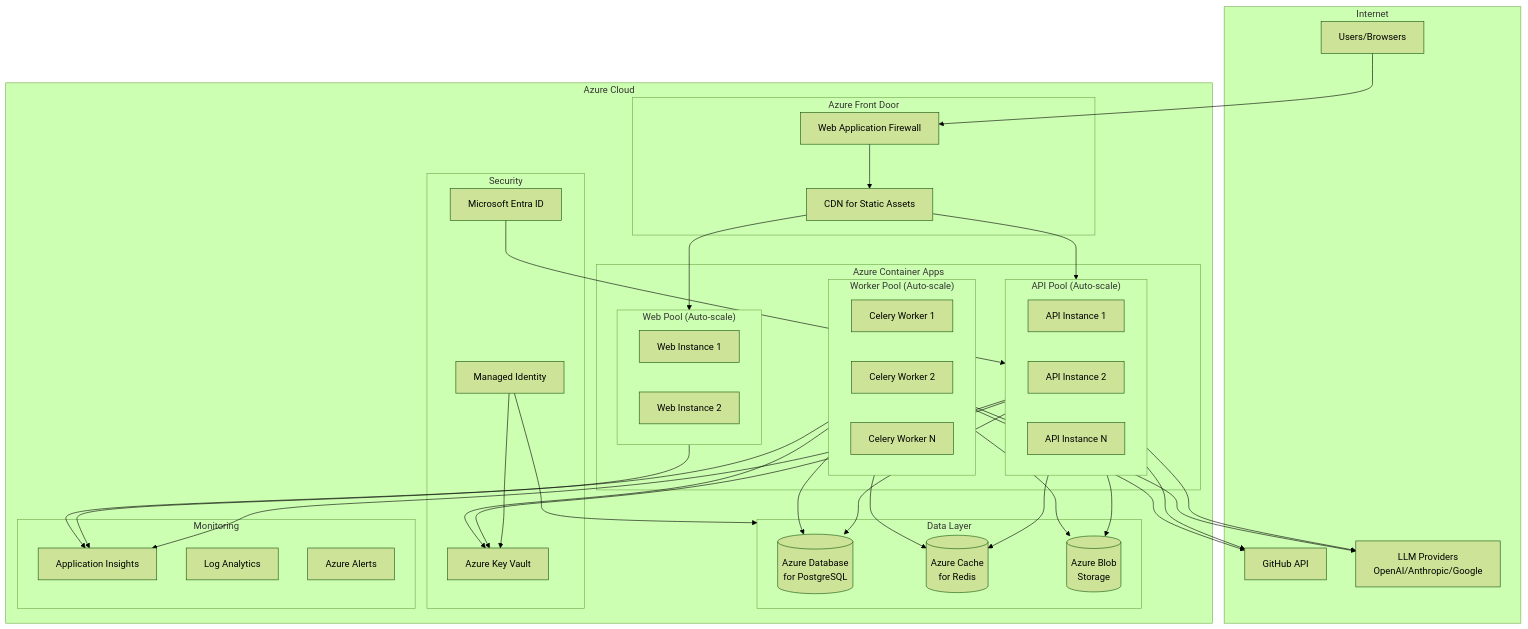
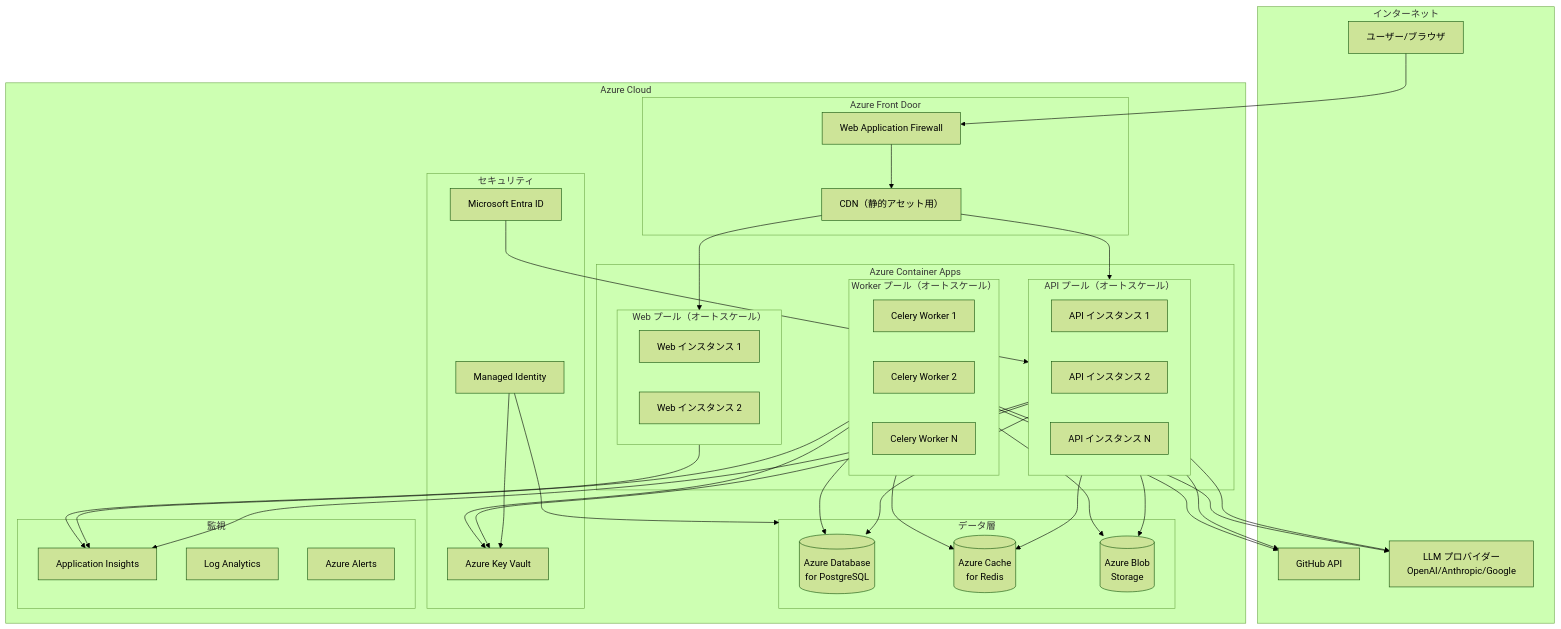
One commit to hampen2929/zloth changed the first of 16 diagrams in docs/azure_host_design.md. Above: the diagram before and after it, drawn with Mermaid (forest theme). The commit also changed other lines of this file, not shown here.

````diff
--- a/docs/azure_host_design.md
+++ b/docs/azure_host_design.md
@@ -22,80 +22,80 @@
 ```mermaid
 flowchart TB
-    subgraph Internet
-        Users[Users/Browsers]
+    subgraph Internet["インターネット"]
+        Users[ユーザー/ブラウザ]
         GitHub[GitHub API]
-        LLM[LLM Providers<br/>OpenAI/Anthropic/Google]
+        LLM[LLM プロバイダー<br/>OpenAI/Anthropic/Google]
     end
 
     subgraph Azure["Azure Cloud"]
         subgraph FrontDoor["Azure Front Door"]
             WAF[Web Application Firewall]
-            CDN[CDN for Static Assets]
+            CDN[CDN（静的アセット用）]
         end
 
         subgraph AppService["Azure Container Apps"]
-            subgraph APIPool["API Pool (Auto-scale)"]
-                API1[API Instance 1]
-                API2[API Instance 2]
-                APIx[API Instance N]
+            subgraph APIPool["API プール（オートスケール）"]
+                API1[API インスタンス 1]
+                API2[API インスタンス 2]
+                APIx[API インスタンス N]
             end
 
-            subgraph WebPool["Web Pool (Auto-scale)"]
-                Web1[Web Instance 1]
-                Web2[Web Instance 2]
+            subgraph WebPool["Web プール（オートスケール）"]
+                Web1[Web インスタンス 1]
+                Web2[Web インスタンス 2]
             end
 
-            subgraph Workers["Worker Pool (Auto-scale)"]
+            subgraph Workers["Worker プール（オートスケール）"]
                 Worker1[Celery Worker 1]
                 Worker2[Celery Worker 2]
                 WorkerN[Celery Worker N]
             end
         end
 
-        subgraph Data["Data Layer"]
+        subgraph Data["データ層"]
             PostgreSQL[(Azure Database<br/>for PostgreSQL)]
             Redis[(Azure Cache<br/>for Redis)]
             BlobStorage[(Azure Blob<br/>Storage)]
         end
 
-        subgraph Security["Security"]
+        subgraph Security["セキュリティ"]
             KeyVault[Azure Key Vault]
             EntraID[Microsoft Entra ID]
             ManagedIdentity[Managed Identity]
         end
 
-        subgraph Monitoring["Monitoring"]
+        subgraph Monitoring["監視"]
             AppInsights[Application Insights]
             LogAnalytics[Log Analytics]
             Alerts[Azure Alerts]
         end
     end
 
     Users --> WAF
     WAF --> CDN
     CDN --> WebPool
     CDN --> APIPool
 
     APIPool --> PostgreSQL
     APIPool --> Redis
     APIPool --> BlobStorage
     APIPool --> GitHub
     APIPool --> LLM
 
     Workers --> PostgreSQL
     Workers --> Redis
     Workers --> BlobStorage
     Workers --> GitHub
     Workers --> LLM
 
     APIPool --> KeyVault
     Workers --> KeyVault
 
     EntraID --> APIPool
     ManagedIdentity --> Data
     ManagedIdentity --> KeyVault
 
     APIPool --> AppInsights
     Workers --> AppInsights
     WebPool --> AppInsights
 ```
````
